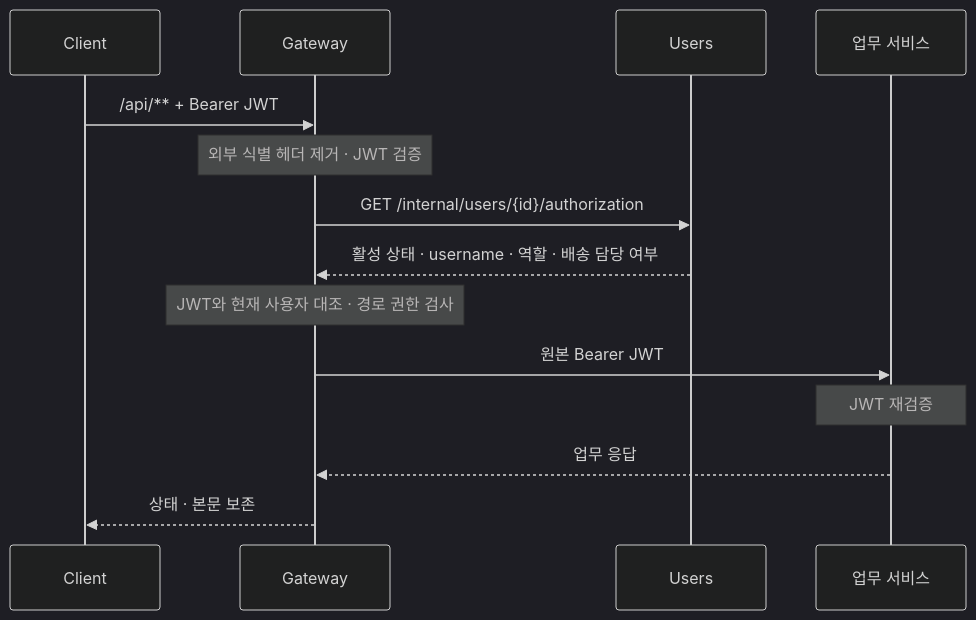
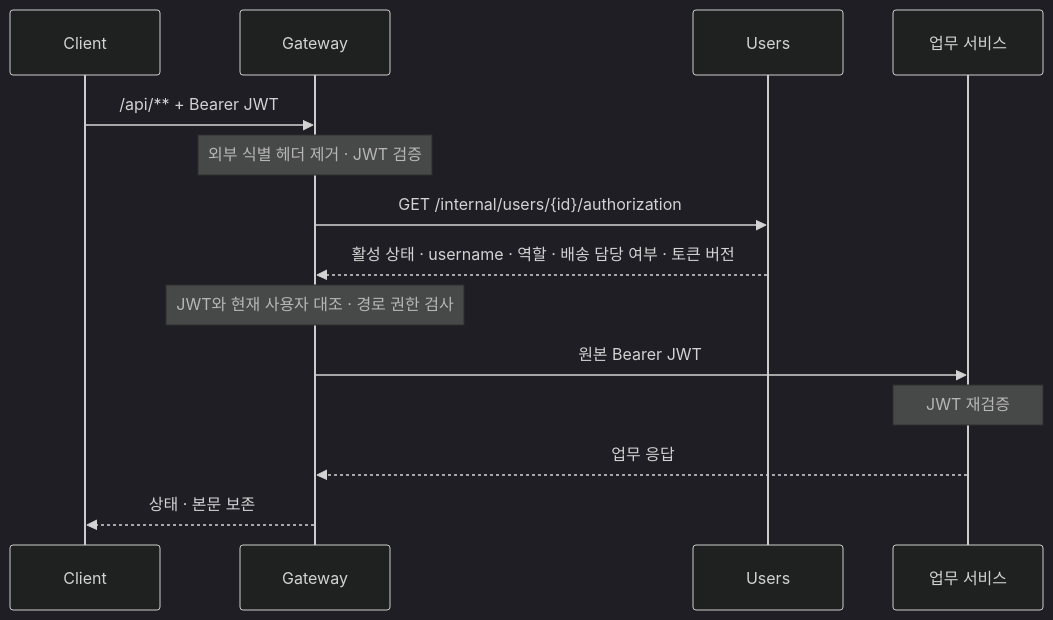
One commit to 404notfound-team/logistics-msa changed the diagram in docs/authentication.md. Above: the diagram before and after it, drawn with Mermaid (dark theme). The commit also changed other lines of this file and 12 other files, not shown here.

````diff
--- a/docs/authentication.md
+++ b/docs/authentication.md
@@ -7,16 +10,16 @@
 ```mermaid
 sequenceDiagram
     participant C as Client
     participant G as Gateway
     participant U as Users
     participant S as 업무 서비스
     C->>G: /api/** + Bearer JWT
     Note over G: 외부 식별 헤더 제거 · JWT 검증
     G->>U: GET /internal/users/{id}/authorization
-    U-->>G: 활성 상태 · username · 역할 · 배송 담당 여부
+    U-->>G: 활성 상태 · username · 역할 · 배송 담당 여부 · 토큰 버전
     Note over G: JWT와 현재 사용자 대조 · 경로 권한 검사
     G->>S: 원본 Bearer JWT
     Note over S: JWT 재검증
     S-->>G: 업무 응답
     G-->>C: 상태 · 본문 보존
 ```
````
